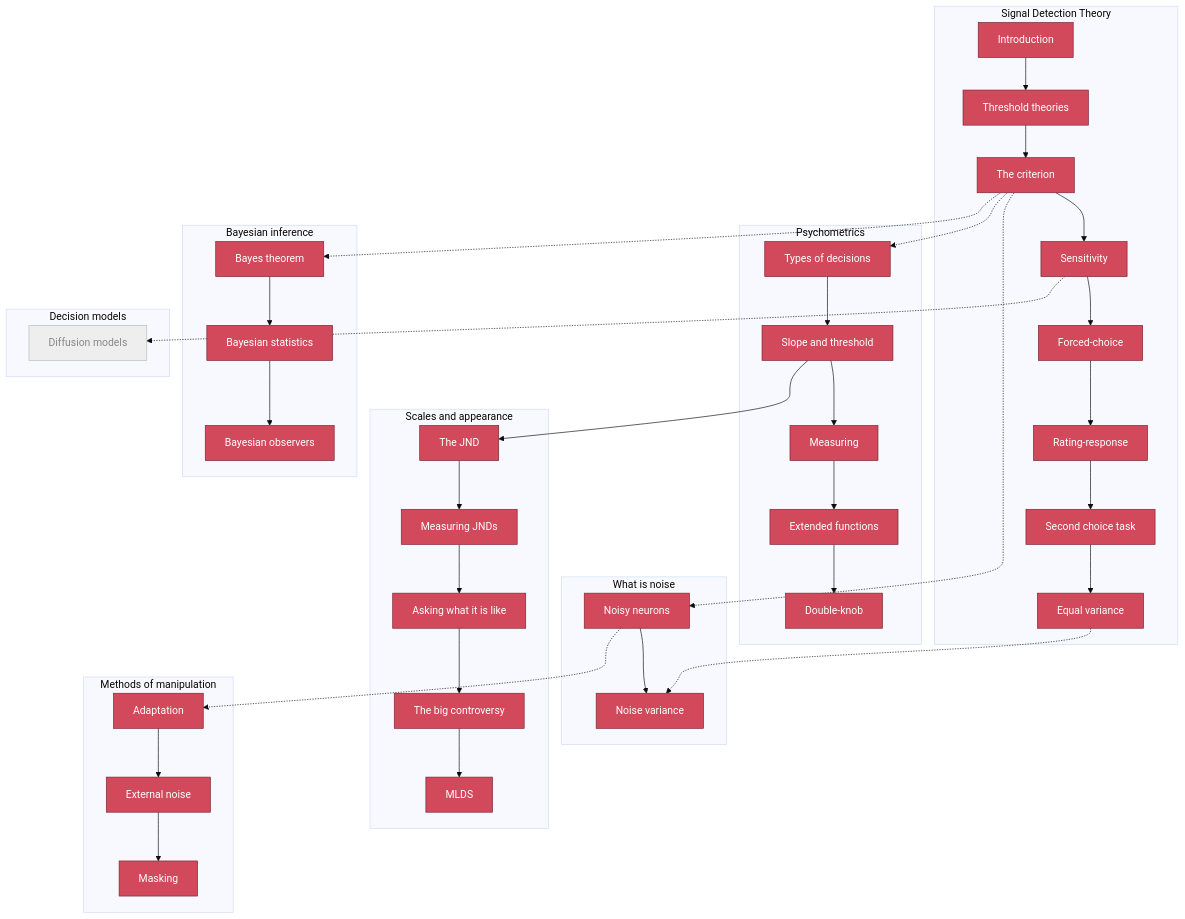
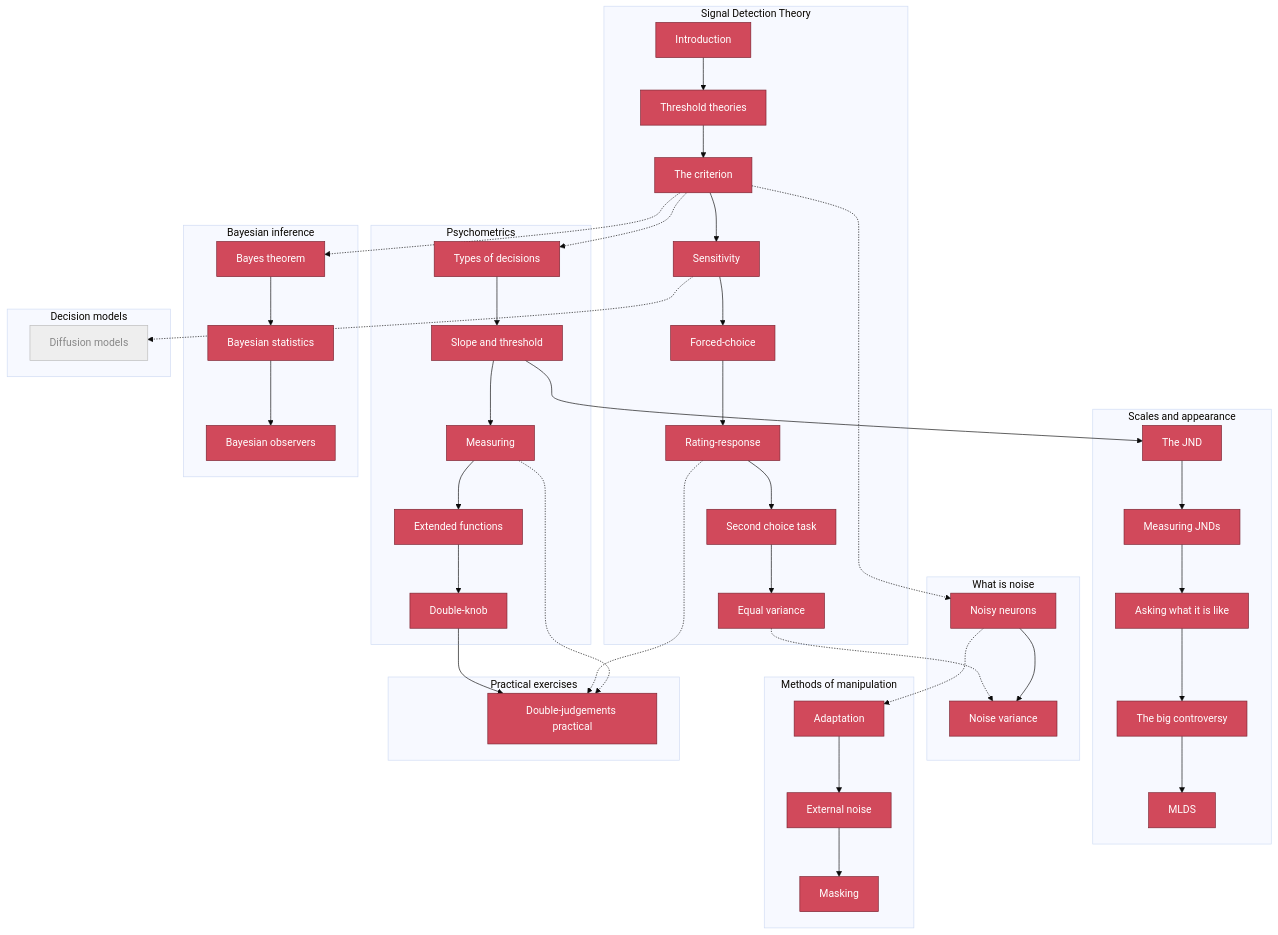
The diagram in sitemap.md (tbalsdon/psychophysical-choose-your-own-adventure), drawn with Mermaid (base theme) before and after one commit. The commit also changed 3 other files, not shown here.

First line of the commit message:
Add double-judgements practical exercise module + downloadable data

````diff
--- a/sitemap.md
+++ b/sitemap.md
@@ -59,6 +59,10 @@
         dm1[Diffusion models]
     end
 
+    subgraph PRAC [Practical exercises]
+        prac[Double-judgements practical]
+    end
+
     a --> b --> d --> e --> f --> g --> h --> i
     d -.-> nn
     i -.-> nv
@@ -72,10 +76,13 @@
     e -.-> dm1
     d -.-> bth
     bth --> bstat --> bobs
+    pdk --> prac
+    g -.-> prac
+    pme -.-> prac
 
     classDef done fill:#d1495b,stroke:#7a2230,color:#fff;
     classDef todo fill:#eee,stroke:#bbb,color:#888;
-    class a,b,d,e,f,g,h,i,nn,nv,pdec,pst,pme,pex,pdk,sjnd,sst,sask,sctrl,smlds,madapt,mext,mmask,bth,bstat,bobs done;
+    class a,b,d,e,f,g,h,i,nn,nv,pdec,pst,pme,pex,pdk,sjnd,sst,sask,sctrl,smlds,madapt,mext,mmask,bth,bstat,bobs,prac done;
     class dm1 todo;
 
     click a "../modules/sdt-intro"
@@ -104,4 +111,5 @@
     click bth "../modules/bayes"
     click bstat "../modules/bayes-statistics"
     click bobs "../modules/bayes-observers"
+    click prac "../modules/practical-double-judgements"
 ```
````
